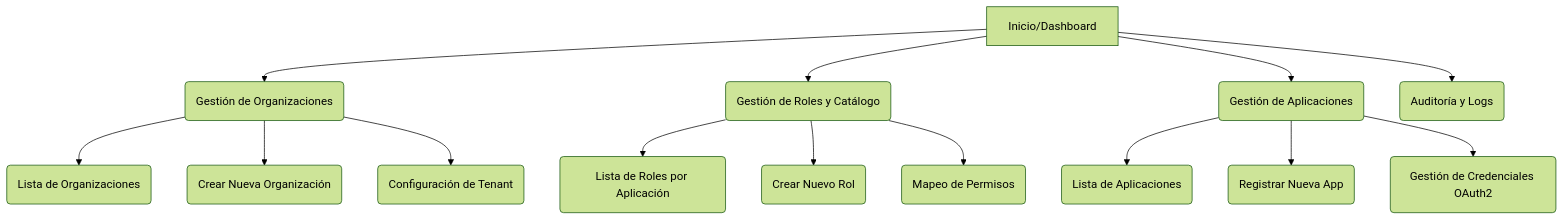
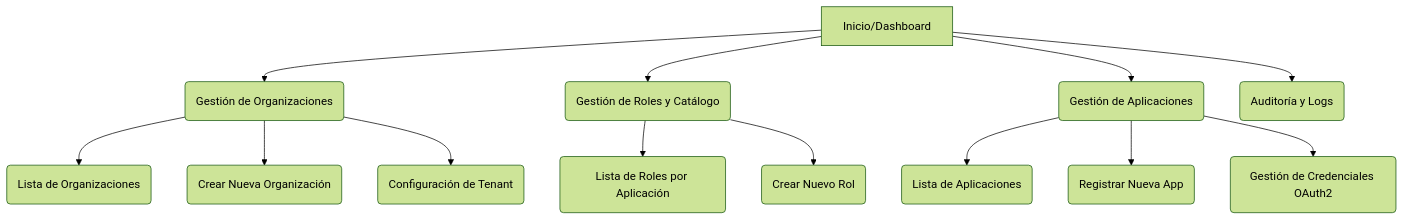
Before and after one commit to malbert-infoport/AI4Devs: the seventh of 7 diagrams in 01-Descripción general del Producto.md, drawn with Mermaid (forest theme). The commit also changed other lines of this file, not shown here.

````diff
--- a/01-Descripción general del Producto.md
+++ b/01-Descripción general del Producto.md
@@ -387,19 +391,18 @@
 ```mermaid
 graph TD
     A[Inicio/Dashboard] --> B(Gestión de Organizaciones)
     A --> C(Gestión de Roles y Catálogo)
     A --> D(Gestión de Aplicaciones)
     A --> E(Auditoría y Logs)
     
     B --> B1(Lista de Organizaciones)
     B --> B2(Crear Nueva Organización)
     B --> B3(Configuración de Tenant)
     
     C --> C1(Lista de Roles por Aplicación)
     C --> C2(Crear Nuevo Rol)
-    C --> C3(Mapeo de Permisos)
     
     D --> D1(Lista de Aplicaciones)
     D --> D2(Registrar Nueva App)
     D --> D3(Gestión de Credenciales OAuth2)
 ```
````
